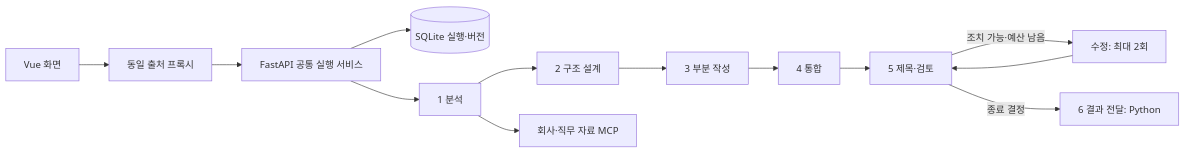
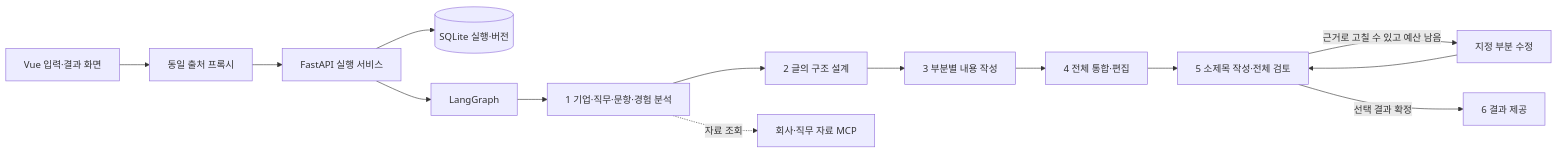
The diagram in README.md (gukastan/essay-agent), drawn with Mermaid before and after one commit. The commit also changed other lines of this file and 2 other files, not shown here.

````diff
--- a/README.md
+++ b/README.md
@@ -17,15 +29,16 @@
 ```mermaid
 flowchart LR
-  Vue[Vue 화면] --> Proxy[동일 출처 프록시]
-  Proxy --> API[FastAPI 공통 실행 서비스]
-  API --> Store[(SQLite 실행·버전)]
-  API --> A[1 분석]
-  A --> B[2 구조 설계]
-  B --> C[3 부분 작성]
-  C --> D[4 통합]
-  D --> E[5 제목·검토]
-  E -->|조치 가능·예산 남음| R[수정: 최대 2회]
+  UI[Vue 입력·결과 화면] --> Proxy[동일 출처 프록시]
+  Proxy --> API[FastAPI 실행 서비스]
+  API --> DB[(SQLite 실행·버전)]
+  API --> G[LangGraph]
+  G --> A[1 기업·직무·문항·경험 분석]
+  A --> B[2 글의 구조 설계]
+  B --> C[3 부분별 내용 작성]
+  C --> D[4 전체 통합·편집]
+  D --> E[5 소제목 작성·전체 검토]
+  E -->|근거로 고칠 수 있고 예산 남음| R[지정 부분 수정]
   R --> E
-  E -->|종료 결정| F[6 결과 전달: Python]
-  A --> MCP[회사·직무 자료 MCP]
+  E -->|선택 결과 확정| F[6 결과 제공]
+  A -. 자료 조회 .-> MCP[회사·직무 자료 MCP]
 ```
````
